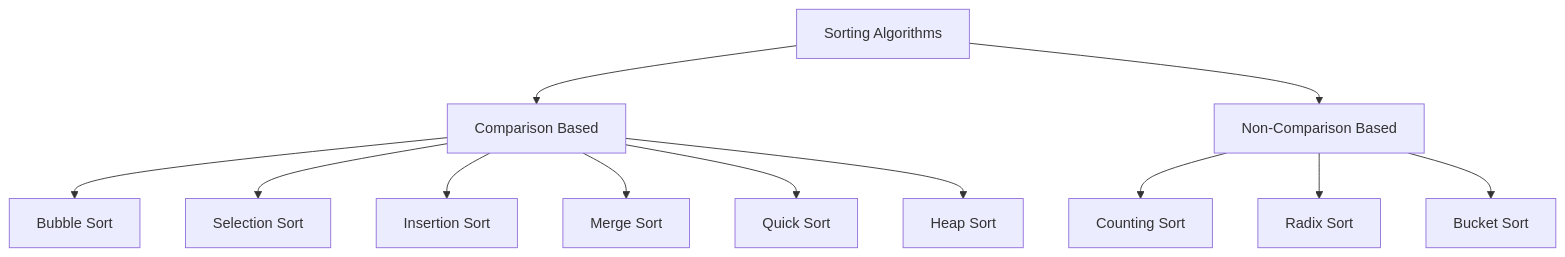
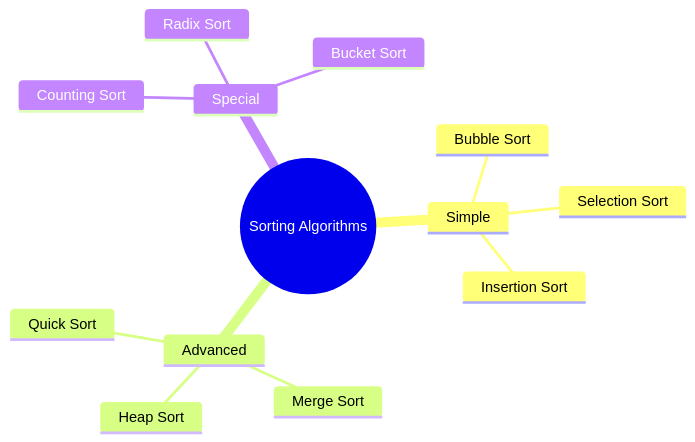
One commit to kivi98/study-buddy changed the diagram in docs/data-structures-and-algorithms/sorting.md. Above: the diagram before and after it, drawn with Mermaid. The commit also changed other lines of this file and 18 other files, not shown here.

````diff
--- a/docs/data-structures-and-algorithms/sorting.md
+++ b/docs/data-structures-and-algorithms/sorting.md
@@ -11,14 +11,16 @@
 ```mermaid
-graph TD
-    A[Sorting Algorithms] --> B[Comparison Based]
-    A --> C[Non-Comparison Based]
-    B --> D[Bubble Sort]
-    B --> E[Selection Sort]
-    B --> F[Insertion Sort]
-    B --> G[Merge Sort]
-    B --> H[Quick Sort]
-    B --> I[Heap Sort]
-    C --> J[Counting Sort]
-    C --> K[Radix Sort]
-    C --> L[Bucket Sort]
+mindmap
+    root((Sorting Algorithms))
+        Simple
+            Bubble Sort
+            Selection Sort
+            Insertion Sort
+        Advanced
+            Quick Sort
+            Merge Sort
+            Heap Sort
+        Special
+            Counting Sort
+            Radix Sort
+            Bucket Sort
 ```
````
